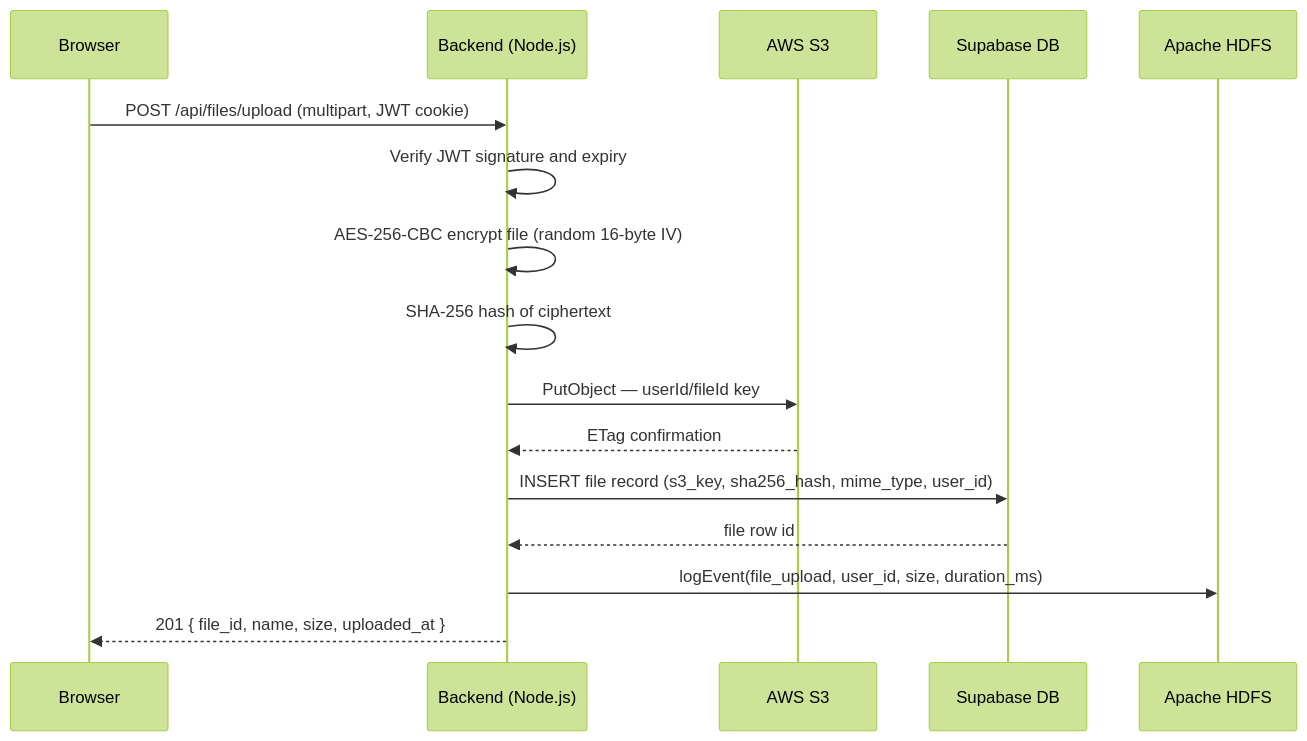
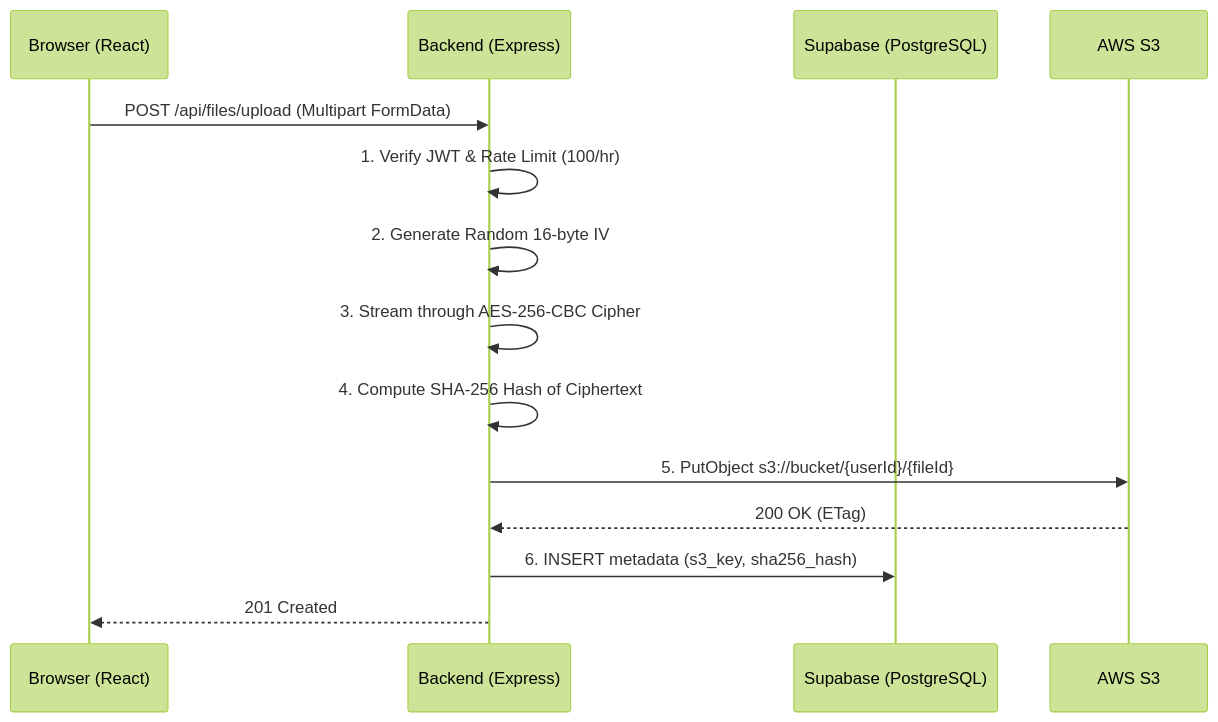
Before and after one commit to securitywithhem/vaultiq: the second of 4 diagrams in README.md, drawn with Mermaid (forest theme). The commit also changed other lines of this file, not shown here.

````diff
--- a/README.md
+++ b/README.md
@@ -228,19 +74,17 @@
 ```mermaid
 sequenceDiagram
-    participant U as Browser
-    participant B as Backend (Node.js)
+    participant User as Browser (React)
+    participant API as Backend (Express)
+    participant DB as Supabase (PostgreSQL)
     participant S3 as AWS S3
-    participant DB as Supabase DB
-    participant HDFS as Apache HDFS
 
-    U->>B: POST /api/files/upload (multipart, JWT cookie)
-    B->>B: Verify JWT signature and expiry
-    B->>B: AES-256-CBC encrypt file (random 16-byte IV)
-    B->>B: SHA-256 hash of ciphertext
-    B->>S3: PutObject — userId/fileId key
-    S3-->>B: ETag confirmation
-    B->>DB: INSERT file record (s3_key, sha256_hash, mime_type, user_id)
-    DB-->>B: file row id
-    B->>HDFS: logEvent(file_upload, user_id, size, duration_ms)
-    B-->>U: 201 { file_id, name, size, uploaded_at }
+    User->>API: POST /api/files/upload (Multipart FormData)
+    API->>API: 1. Verify JWT & Rate Limit (100/hr)
+    API->>API: 2. Generate Random 16-byte IV
+    API->>API: 3. Stream through AES-256-CBC Cipher
+    API->>API: 4. Compute SHA-256 Hash of Ciphertext
+    API->>S3: 5. PutObject s3://bucket/{userId}/{fileId}
+    S3-->>API: 200 OK (ETag)
+    API->>DB: 6. INSERT metadata (s3_key, sha256_hash)
+    API-->>User: 201 Created
 ```
````
